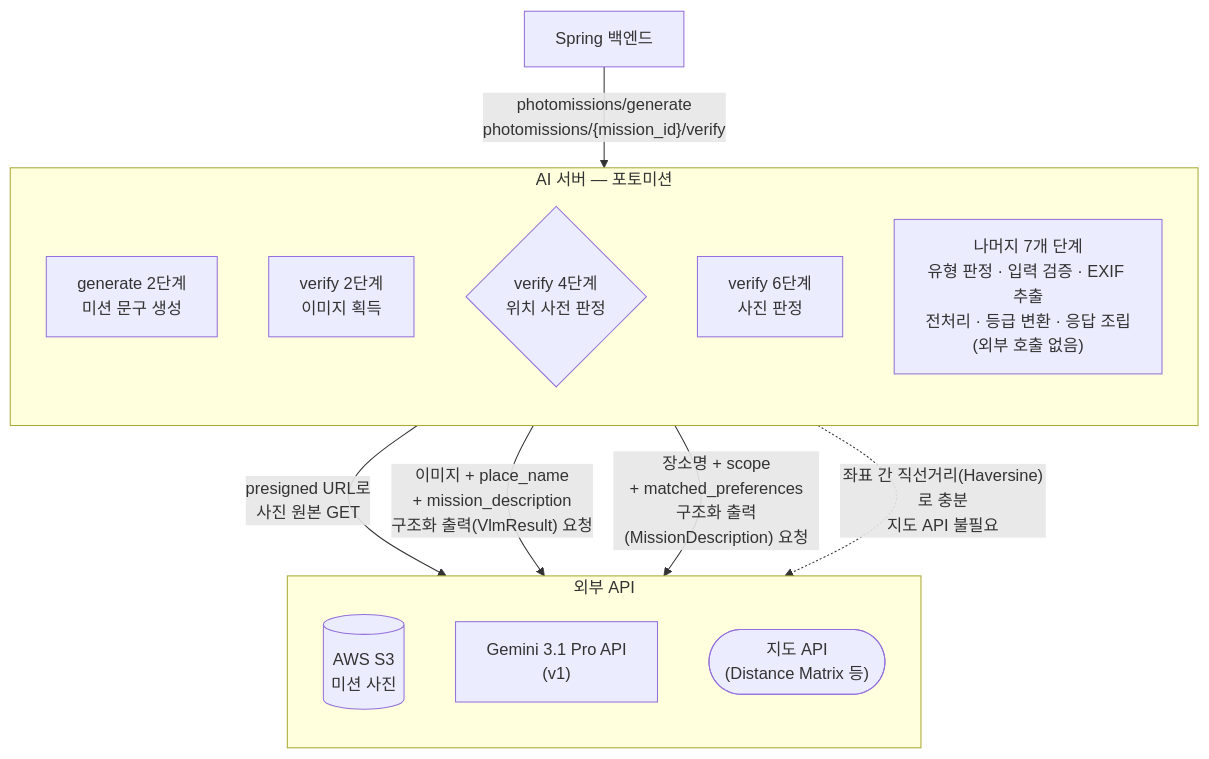
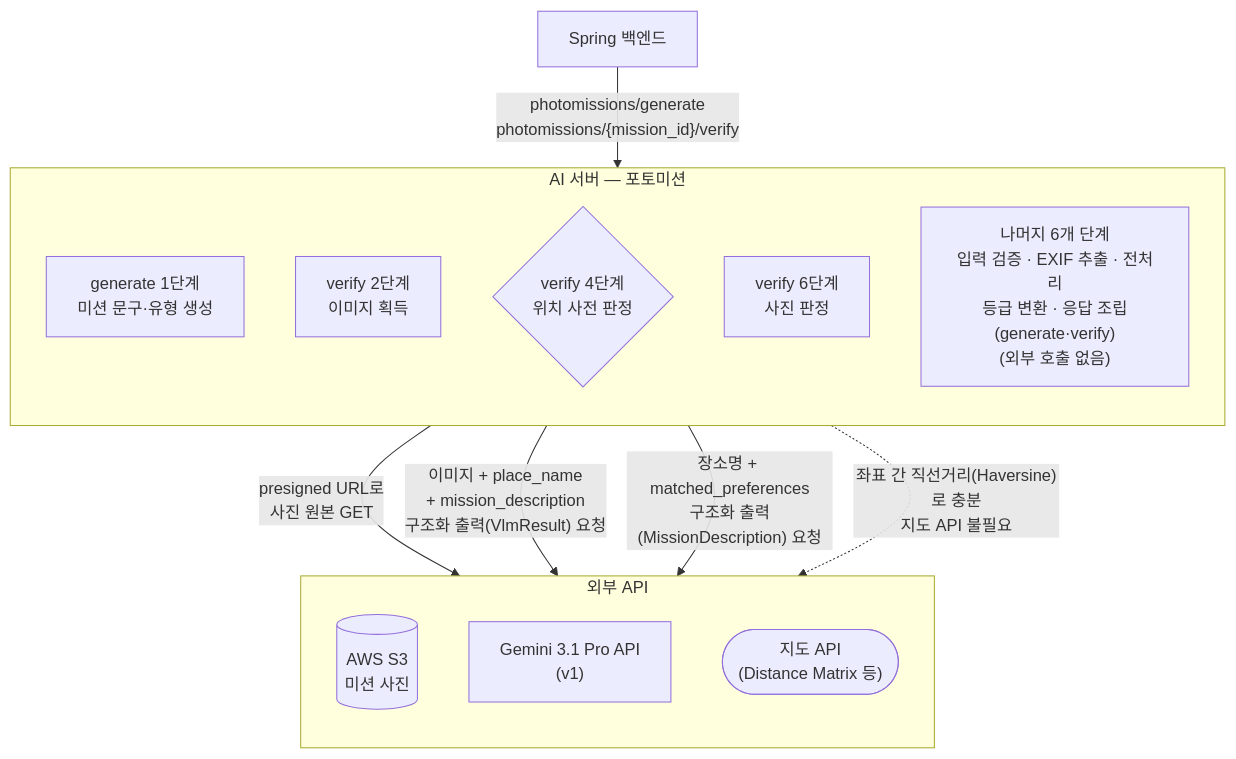
Before and after one commit to 100-hours-a-week/KTB4-20th-AI: the second of 2 diagrams in docs/weeks_task/02_weeks/06.md, drawn with Mermaid. The commit also changed other lines of this file, not shown here.

````diff
--- a/docs/weeks_task/02_weeks/06.md
+++ b/docs/weeks_task/02_weeks/06.md
@@ -121,25 +121,25 @@
 ```mermaid
 flowchart TB
     BE["Spring 백엔드"] -->|"photomissions/generate<br/>photomissions/{mission_id}/verify"| AI
 
     subgraph AI["AI 서버 — 포토미션"]
         direction TB
-        G2["generate 2단계<br/>미션 문구 생성"]
+        G2["generate 1단계<br/>미션 문구·유형 생성"]
         V2["verify 2단계<br/>이미지 획득"]
         V4{"verify 4단계<br/>위치 사전 판정"}
         V6["verify 6단계<br/>사진 판정"]
-        LOCAL["나머지 7개 단계<br/>유형 판정 · 입력 검증 · EXIF 추출<br/>전처리 · 등급 변환 · 응답 조립<br/>(외부 호출 없음)"]
+        LOCAL["나머지 6개 단계<br/>입력 검증 · EXIF 추출 · 전처리<br/>등급 변환 · 응답 조립(generate·verify)<br/>(외부 호출 없음)"]
     end
 
     subgraph External["외부 API"]
         direction TB
         S3[("AWS S3<br/>미션 사진")]
         GEM["Gemini 3.1 Pro API<br/>(v1)"]
         MAP(["지도 API<br/>(Distance Matrix 등)"])
     end
 
     V2 -->|"presigned URL로<br/>사진 원본 GET"| S3
     V6 -->|"이미지 + place_name<br/>+ mission_description<br/>구조화 출력(VlmResult) 요청"| GEM
-    G2 -->|"장소명 + scope<br/>+ matched_preferences<br/>구조화 출력(MissionDescription) 요청"| GEM
+    G2 -->|"장소명 + matched_preferences<br/>구조화 출력(MissionDescription) 요청"| GEM
     V4 -. "좌표 간 직선거리(Haversine)로 충분<br/>지도 API 불필요" .-> MAP
 ```
````
